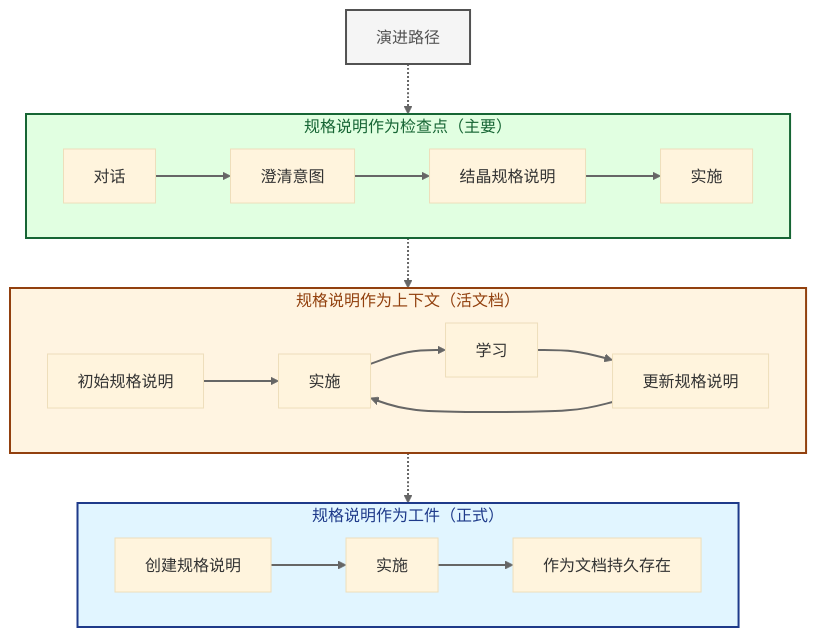
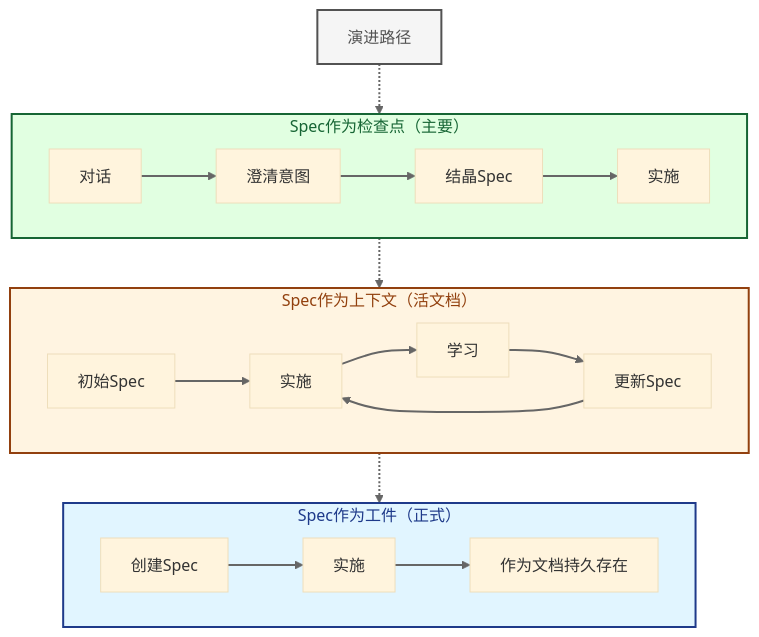
One commit to codervisor/lean-spec-docs changed the fourth of 4 diagrams in i18n/zh-Hans/docusaurus-plugin-content-docs/current/advanced/ai-assisted-spec-writing.mdx. Above: the diagram before and after it, drawn with Mermaid (base theme). The commit also changed other lines of this file and 42 other files, not shown here.

````diff
--- a/i18n/zh-Hans/docusaurus-plugin-content-docs/current/advanced/ai-assisted-spec-writing.mdx
+++ b/i18n/zh-Hans/docusaurus-plugin-content-docs/current/advanced/ai-assisted-spec-writing.mdx
@@ -280,31 +280,31 @@
 ```mermaid
 flowchart TD
-    subgraph Checkpoint["规格说明作为检查点（主要）"]
+    subgraph Checkpoint["Spec作为检查点（主要）"]
         C1[对话] --> C2[澄清意图]
-        C2 --> C3[结晶规格说明]
+        C2 --> C3[结晶Spec]
         C3 --> C4[实施]
     end
     
-    subgraph Artifact["规格说明作为工件（正式）"]
-        A1[创建规格说明] --> A2[实施]
+    subgraph Artifact["Spec作为工件（正式）"]
+        A1[创建Spec] --> A2[实施]
         A2 --> A3[作为文档持久存在]
     end
     
-    subgraph Context["规格说明作为上下文（活文档）"]
-        L1[初始规格说明] --> L2[实施]
+    subgraph Context["Spec作为上下文（活文档）"]
+        L1[初始Spec] --> L2[实施]
         L2 --> L3[学习]
-        L3 --> L4[更新规格说明]
+        L3 --> L4[更新Spec]
         L4 --> L2
     end
     
     Evolution["演进路径"] -.-> Checkpoint
     Checkpoint -.-> Context
     Context -.-> Artifact
     
     style Checkpoint fill:#e1ffe1,stroke:#166534,stroke-width:2px,color:#166534
     style Artifact fill:#e1f5ff,stroke:#1e3a8a,stroke-width:2px,color:#1e3a8a
     style Context fill:#fff4e1,stroke:#92400e,stroke-width:2px,color:#92400e
     style Evolution fill:#f5f5f5,stroke:#525252,stroke-width:2px,color:#525252
     
     linkStyle default stroke:#666,stroke-width:2px
 ```
````
